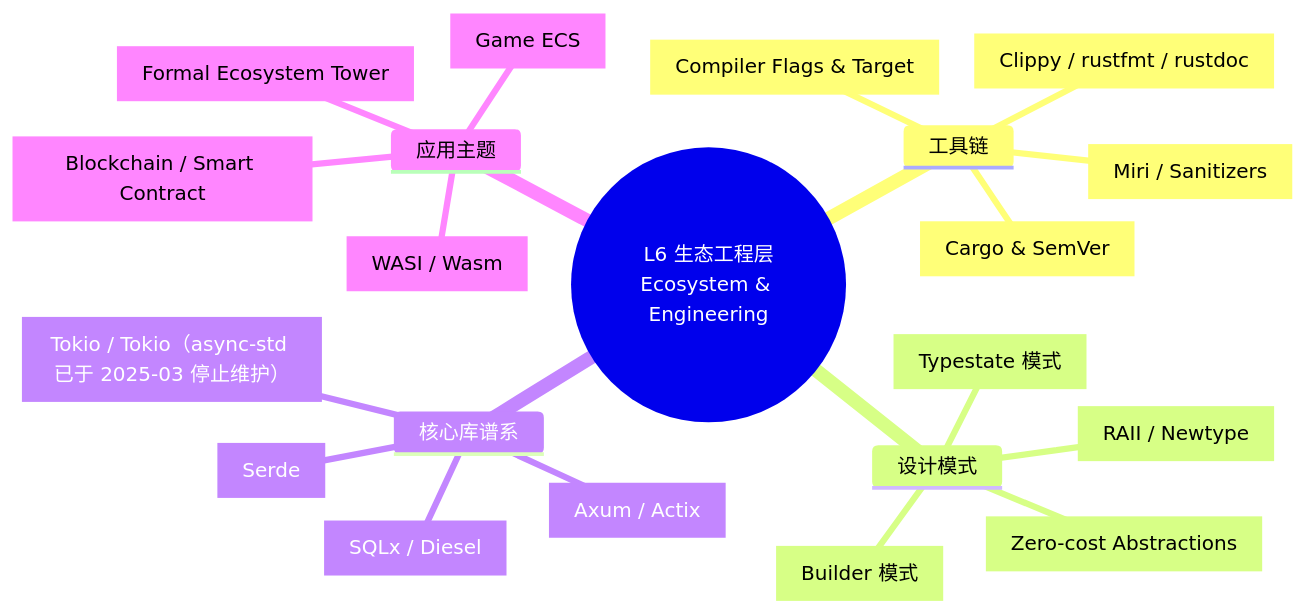
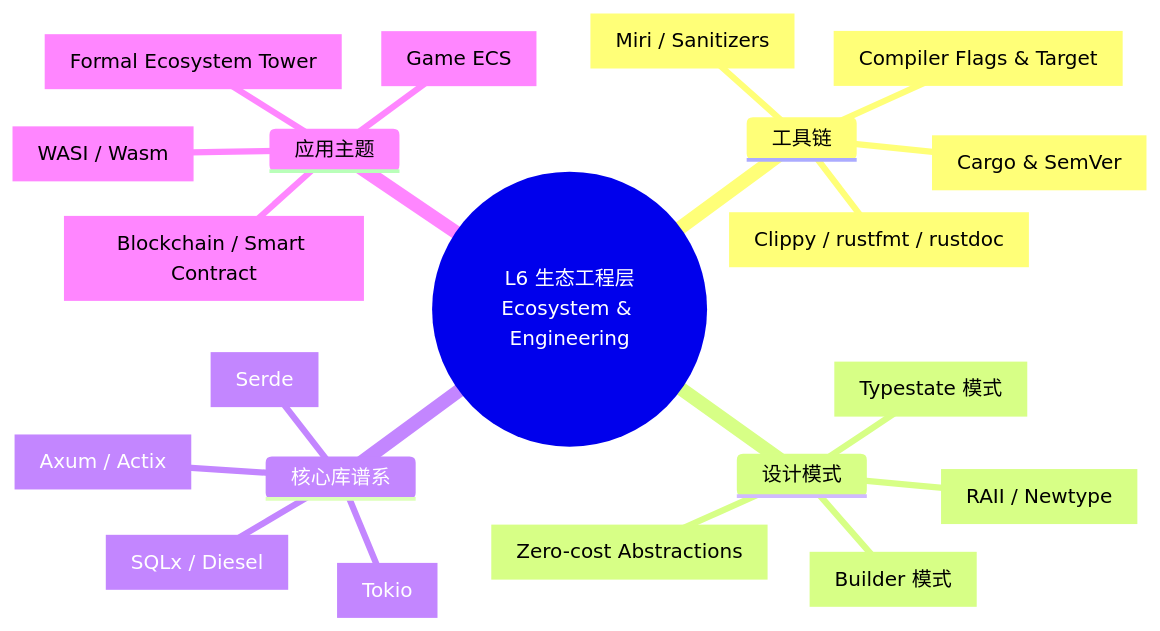
The first of 2 diagrams in concept/06_ecosystem/README.md (martin-ly/rust-lang), drawn with Mermaid before and after one commit. The commit also changed 40 other files, not shown here.

````diff
--- a/concept/06_ecosystem/README.md
+++ b/concept/06_ecosystem/README.md
@@ -26,24 +26,24 @@
 ```mermaid
 mindmap
   root((L6 生态工程层<br/>Ecosystem & Engineering))
     工具链
       Cargo[Cargo & SemVer]
       编译器[Compiler Flags & Target]
       质量工具[Clippy / rustfmt / rustdoc]
       验证[Miri / Sanitizers]
     设计模式
       Typestate[Typestate 模式]
       Builder[Builder 模式]
       RAII[RAII / Newtype]
       零成本[Zero-cost Abstractions]
     核心库谱系
-      异步运行时[Tokio / Tokio（async-std 已于 2025-03 停止维护）]
+      异步运行时[Tokio]
       Web框架[Axum / Actix]
       序列化[Serde]
       数据库[SQLx / Diesel]
     应用主题
       区块链[Blockchain / Smart Contract]
       游戏ECS[Game ECS]
       WASI[WASI / Wasm]
       形式化塔[Formal Ecosystem Tower]
 ```
````
